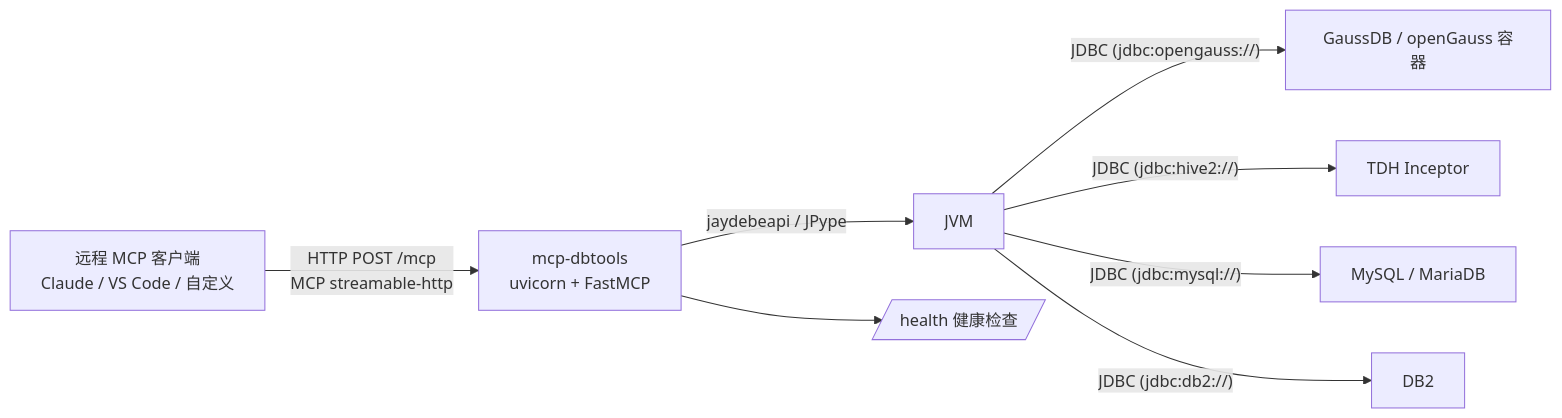
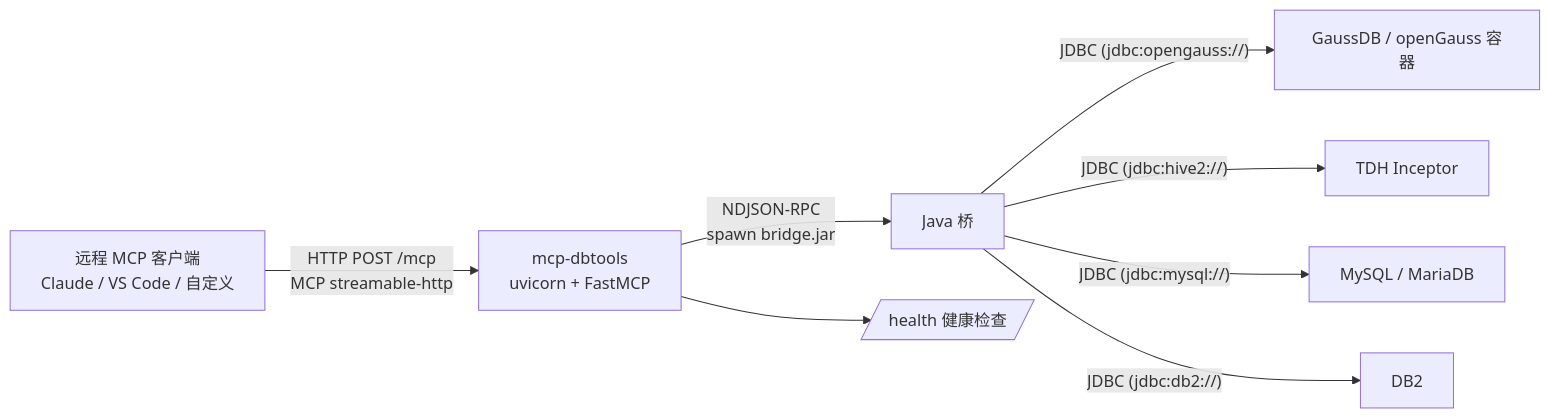
Before and after one commit to livebug/mcp-dbtools: the diagram in README.md, drawn with Mermaid. The commit also changed other lines of this file and 24 other files, not shown here.

First line of the commit message:
feat: JDBC 底座换成 open-dbclient Java 桥

````diff
--- a/README.md
+++ b/README.md
@@ -48,10 +48,10 @@
 ```mermaid
 flowchart LR
     C[远程 MCP 客户端<br/>Claude / VS Code / 自定义] -- "HTTP POST /mcp<br/>MCP streamable-http" --> S[mcp-dbtools<br/>uvicorn + FastMCP]
-    S -- jaydebeapi / JPype --> J[JVM]
-    J -- "JDBC (jdbc:opengauss://)" --> G[GaussDB / openGauss 容器]
-    J -- "JDBC (jdbc:hive2://)" --> T[TDH Inceptor]
-    J -- "JDBC (jdbc:mysql://)" --> M[MySQL / MariaDB]
-    J -- "JDBC (jdbc:db2://)" --> D[DB2]
+    S -- "NDJSON-RPC<br/>spawn bridge.jar" --> B[Java 桥]
+    B -- "JDBC (jdbc:opengauss://)" --> G[GaussDB / openGauss 容器]
+    B -- "JDBC (jdbc:hive2://)" --> T[TDH Inceptor]
+    B -- "JDBC (jdbc:mysql://)" --> M[MySQL / MariaDB]
+    B -- "JDBC (jdbc:db2://)" --> D[DB2]
     S --> H[/health 健康检查/]
 ```
````
